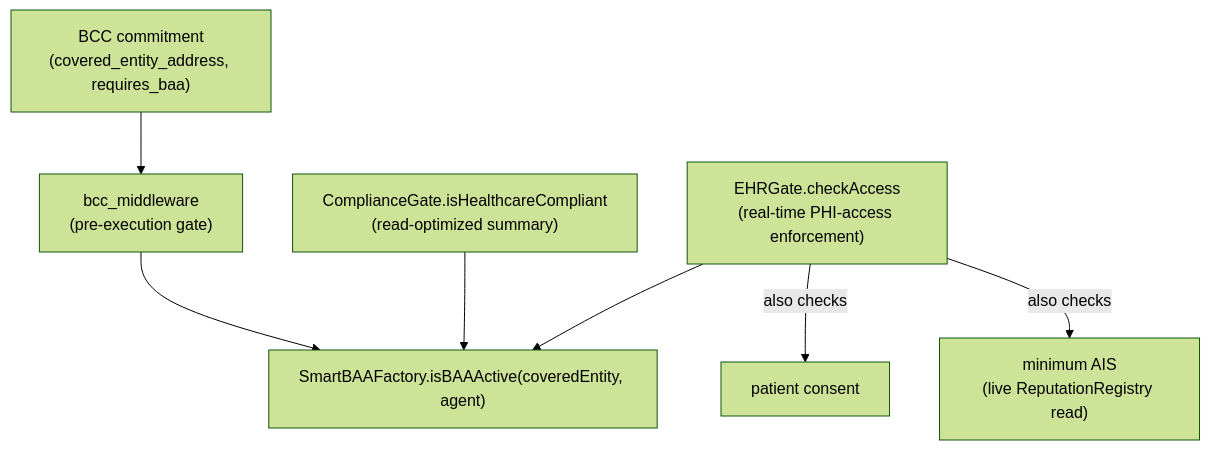
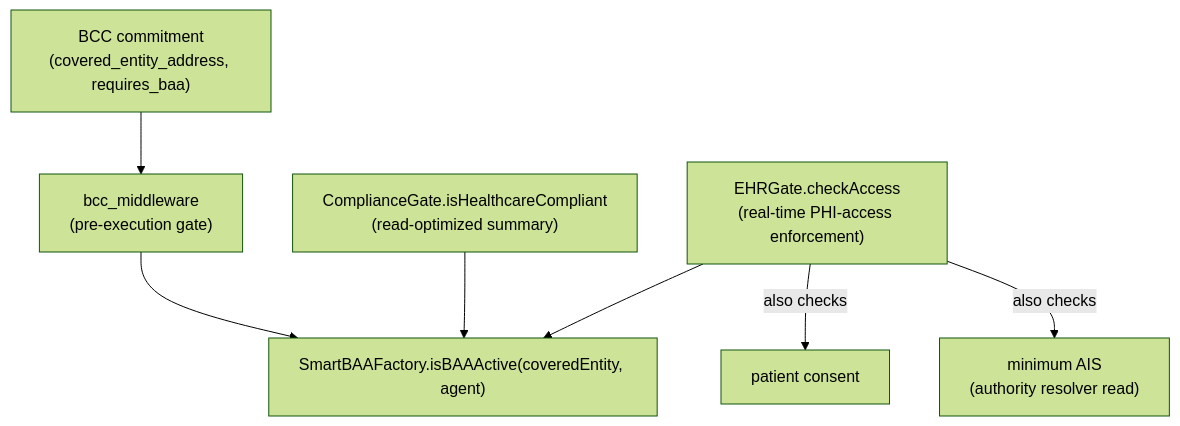
One commit to XibalbaTechSol/integrity-core changed the diagram in docs/wiki/concepts/compliance-gate.md. Above: the diagram before and after it, drawn with Mermaid (forest theme). The commit also changed other lines of this file and 13 other files, not shown here.

````diff
--- a/docs/wiki/concepts/compliance-gate.md
+++ b/docs/wiki/concepts/compliance-gate.md
@@ -76,14 +78,14 @@
 ```mermaid
 flowchart TB
     BCC["BCC commitment<br/>(covered_entity_address, requires_baa)"]
     MW["bcc_middleware<br/>(pre-execution gate)"]
     CG["ComplianceGate.isHealthcareCompliant<br/>(read-optimized summary)"]
     EHR["EHRGate.checkAccess<br/>(real-time PHI-access enforcement)"]
     BAA["SmartBAAFactory.isBAAActive(coveredEntity, agent)"]
 
     BCC --> MW --> BAA
     CG --> BAA
     EHR --> BAA
     EHR -->|also checks| Consent["patient consent"]
-    EHR -->|also checks| AIS["minimum AIS<br/>(live ReputationRegistry read)"]
+    EHR -->|also checks| AIS["minimum AIS<br/>(authority resolver read)"]
 ```
````
